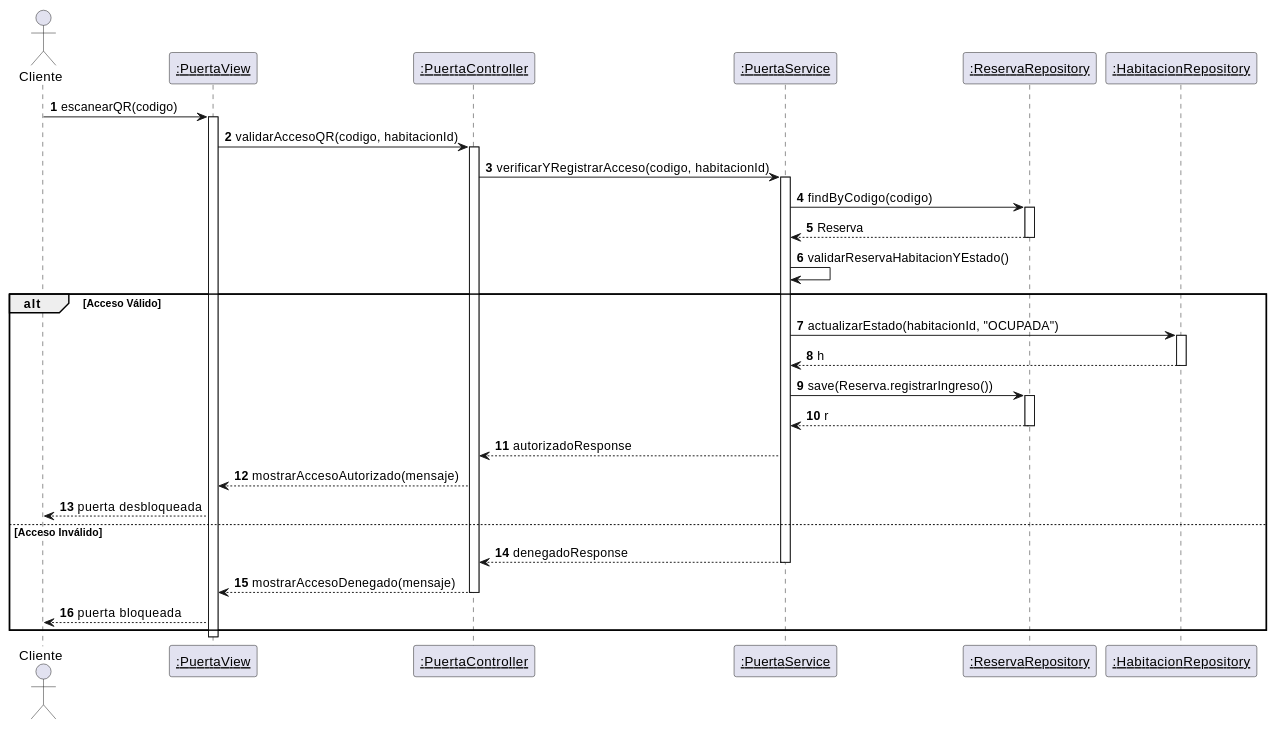
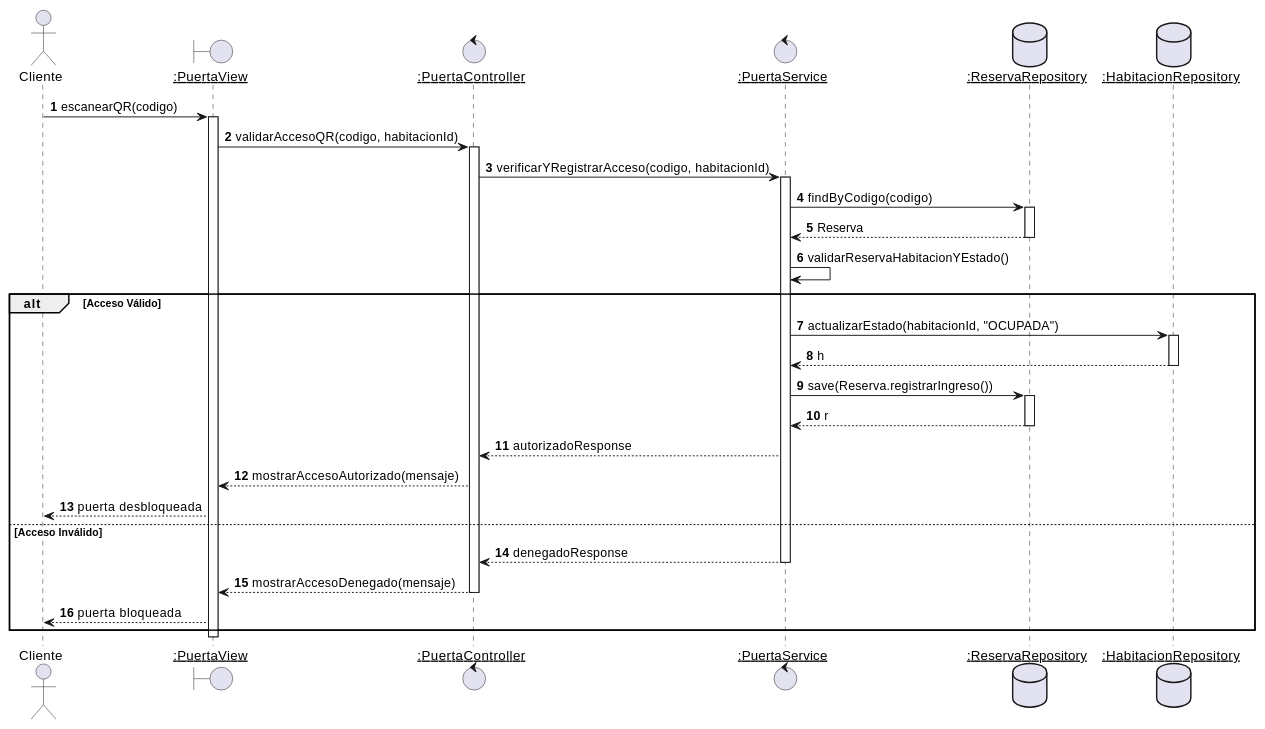
One commit to Tsmrain/GestionSistemas changed diagram 23 of 36 in RefactorV4.md. Above: the diagram before and after it, drawn with PlantUML. The commit also changed other lines of this file, not shown here.

Commit message:
refactor: standardize plantuml diagrams using boundary, control, entity, and database stereotypes

````diff
--- a/RefactorV4.md
+++ b/RefactorV4.md
@@ -1151,43 +1151,43 @@
 ```plantuml
 @startuml
 autonumber
 actor Cliente
-participant "<u>:PuertaView</u>" as View
-participant "<u>:PuertaController</u>" as Ctrl
-participant "<u>:PuertaService</u>" as Serv
-participant "<u>:ReservaRepository</u>" as ResRepo
-participant "<u>:HabitacionRepository</u>" as HabRepo
+boundary "<u>:PuertaView</u>" as View
+control "<u>:PuertaController</u>" as Ctrl
+control "<u>:PuertaService</u>" as Serv
+database "<u>:ReservaRepository</u>" as ResRepo
+database "<u>:HabitacionRepository</u>" as HabRepo
 
 Cliente -> View : escanearQR(codigo)
 activate View
 View -> Ctrl : validarAccesoQR(codigo, habitacionId)
 activate Ctrl
 Ctrl -> Serv : verificarYRegistrarAcceso(codigo, habitacionId)
 activate Serv
 Serv -> ResRepo : findByCodigo(codigo)
 activate ResRepo
 ResRepo --> Serv : Reserva
 deactivate ResRepo
 Serv -> Serv : validarReservaHabitacionYEstado()
 alt Acceso Válido
   Serv -> HabRepo : actualizarEstado(habitacionId, "OCUPADA")
   activate HabRepo
   HabRepo --> Serv : h
   deactivate HabRepo
   Serv -> ResRepo : save(Reserva.registrarIngreso())
   activate ResRepo
   ResRepo --> Serv : r
   deactivate ResRepo
   Serv --> Ctrl : autorizadoResponse
   Ctrl --> View : mostrarAccesoAutorizado(mensaje)
   View --> Cliente : puerta desbloqueada
 else Acceso Inválido
   Serv --> Ctrl : denegadoResponse
   deactivate Serv
   Ctrl --> View : mostrarAccesoDenegado(mensaje)
   deactivate Ctrl
   View --> Cliente : puerta bloqueada
 end
 deactivate View
 @enduml
 ```
````
